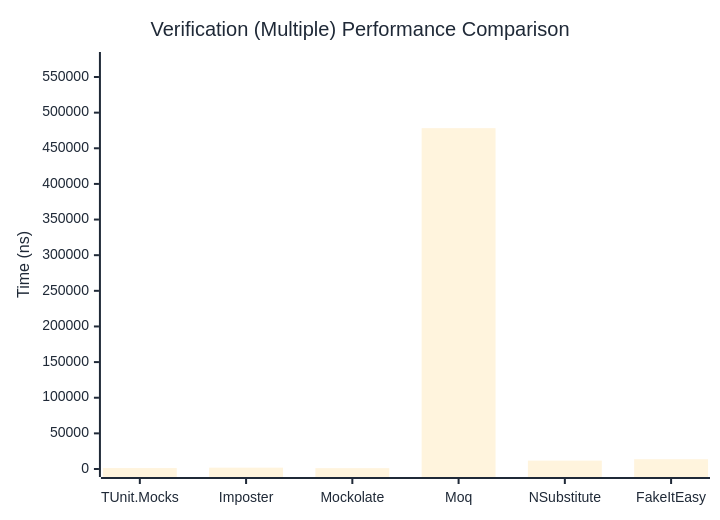
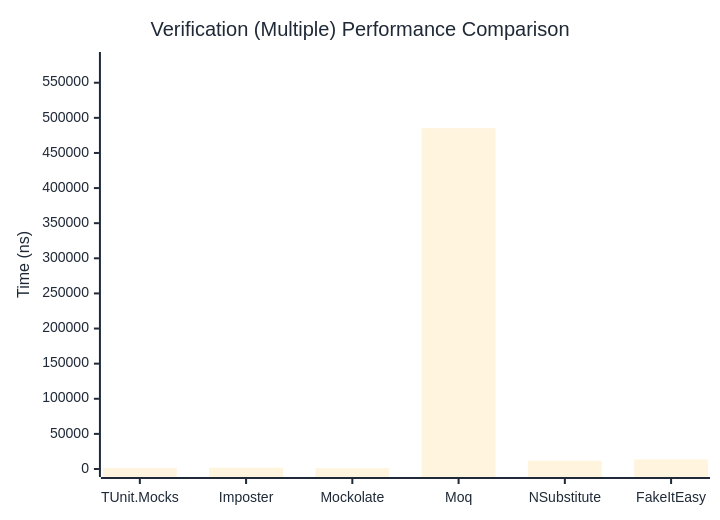
The third of 3 diagrams in docs/docs/benchmarks/mocks/Verification.md (thomhurst/TUnit), drawn with Mermaid before and after one commit. The commit also changed other lines of this file and 14 other files, not shown here.

````diff
--- a/docs/docs/benchmarks/mocks/Verification.md
+++ b/docs/docs/benchmarks/mocks/Verification.md
@@ -112,27 +112,27 @@
 ```mermaid
 %%{init: {
   'theme':'base',
   'themeVariables': {
     'primaryColor': '#2563eb',
     'primaryTextColor': '#1f2937',
     'primaryBorderColor': '#1e40af',
     'lineColor': '#6b7280',
     'secondaryColor': '#7c3aed',
     'tertiaryColor': '#dc2626',
     'background': '#ffffff',
     'pie1': '#2563eb',
     'pie2': '#7c3aed',
     'pie3': '#dc2626',
     'pie4': '#f59e0b',
     'pie5': '#10b981',
     'pie6': '#06b6d4',
     'pie7': '#ec4899',
     'pie8': '#6366f1'
   }
 }}%%
 xychart-beta
   title "Verification (Multiple) Performance Comparison"
   x-axis ["TUnit.Mocks", "Imposter", "Mockolate", "Moq", "NSubstitute", "FakeItEasy"]
-  y-axis "Time (ns)" 0 --> 573866
-  bar [1302.91, 1868.83, 1169.26, 478220.92, 11755.17, 13742.62]
+  y-axis "Time (ns)" 0 --> 582355
+  bar [1358.55, 1875.53, 1172.54, 485295.42, 11762.84, 13619.35]
 ```
````
